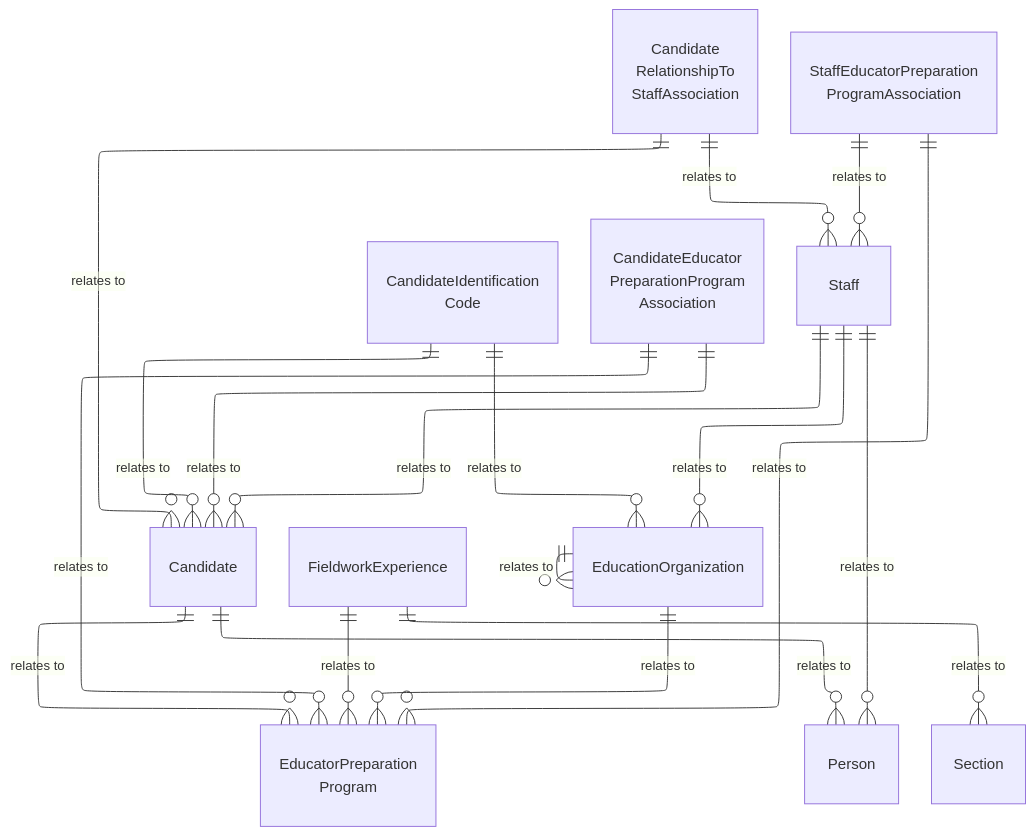
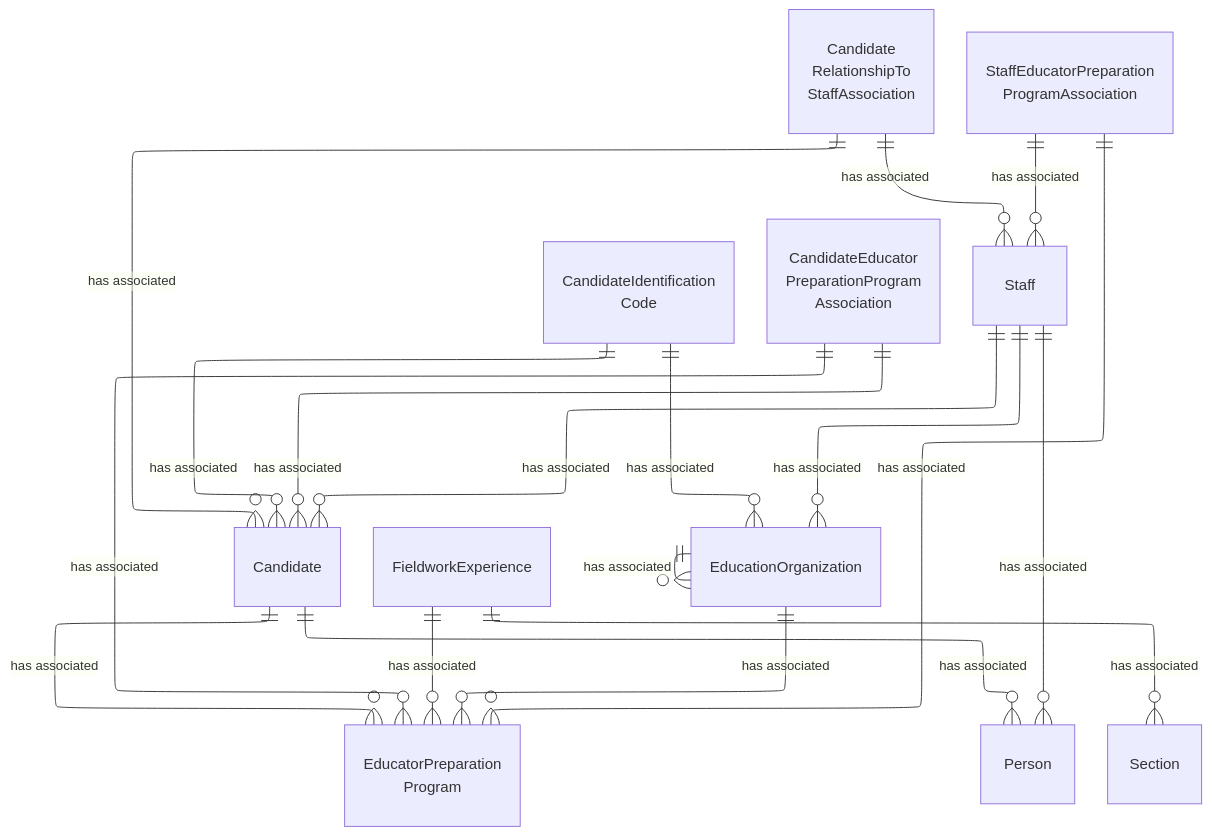
Before and after one commit to Ed-Fi-Alliance-OSS/ed-fi-alliance-oss.github.io: the diagram in dataStandard_versioned_docs/version-6/model-reference/educator-preparation-program-domain/model-diagrams.md, drawn with Mermaid. The commit also changed 24 other files, not shown here.

````diff
--- a/dataStandard_versioned_docs/version-6/model-reference/educator-preparation-program-domain/model-diagrams.md
+++ b/dataStandard_versioned_docs/version-6/model-reference/educator-preparation-program-domain/model-diagrams.md
@@ -10,46 +10,46 @@
 ```mermaid
 ---
 config:
   layout: elk
 ---
 erDiagram
     Candidate {
     }
     CandidateIdentificationCode["CandidateIdentification<br/>Code"] {
     }
     EducatorPreparationProgram["EducatorPreparation<br/>Program"] {
     }
     FieldworkExperience {
     }
     CandidateEducatorPreparationProgramAssociation["CandidateEducator<br/>PreparationProgram<br/>Association"] {
     }
     CandidateRelationshipToStaffAssociation["Candidate<br/>RelationshipTo<br/>StaffAssociation"] {
     }
     StaffEducatorPreparationProgramAssociation["StaffEducatorPreparation<br/>ProgramAssociation"] {
     }
     Person {
     }
     Staff {
     }
     EducationOrganization {
     }
     Section {
     }
-    Candidate ||--o{ Person : "relates to"
-    Staff ||--o{ Person : "relates to"
-    Candidate ||--o{ EducatorPreparationProgram : "relates to"
-    CandidateEducatorPreparationProgramAssociation ||--o{ Candidate : "relates to"
-    CandidateEducatorPreparationProgramAssociation ||--o{ EducatorPreparationProgram : "relates to"
-    Staff ||--o{ Candidate : "relates to"
-    CandidateRelationshipToStaffAssociation ||--o{ Candidate : "relates to"
-    CandidateRelationshipToStaffAssociation ||--o{ Staff : "relates to"
-    StaffEducatorPreparationProgramAssociation ||--o{ Staff : "relates to"
-    StaffEducatorPreparationProgramAssociation ||--o{ EducatorPreparationProgram : "relates to"
-    EducationOrganization ||--o{ EducatorPreparationProgram : "relates to"
-    Staff ||--o{ EducationOrganization : "relates to"
-    FieldworkExperience ||--o{ EducatorPreparationProgram : "relates to"
-    FieldworkExperience ||--o{ Section : "relates to"
-    CandidateIdentificationCode ||--o{ Candidate : "relates to"
-    CandidateIdentificationCode ||--o{ EducationOrganization : "relates to"
-    EducationOrganization ||--o{ EducationOrganization : "relates to"
+    Candidate ||--o{ Person : "has associated"
+    Staff ||--o{ Person : "has associated"
+    Candidate ||--o{ EducatorPreparationProgram : "has associated"
+    CandidateEducatorPreparationProgramAssociation ||--o{ Candidate : "has associated"
+    CandidateEducatorPreparationProgramAssociation ||--o{ EducatorPreparationProgram : "has associated"
+    Staff ||--o{ Candidate : "has associated"
+    CandidateRelationshipToStaffAssociation ||--o{ Candidate : "has associated"
+    CandidateRelationshipToStaffAssociation ||--o{ Staff : "has associated"
+    StaffEducatorPreparationProgramAssociation ||--o{ Staff : "has associated"
+    StaffEducatorPreparationProgramAssociation ||--o{ EducatorPreparationProgram : "has associated"
+    EducationOrganization ||--o{ EducatorPreparationProgram : "has associated"
+    Staff ||--o{ EducationOrganization : "has associated"
+    FieldworkExperience ||--o{ EducatorPreparationProgram : "has associated"
+    FieldworkExperience ||--o{ Section : "has associated"
+    CandidateIdentificationCode ||--o{ Candidate : "has associated"
+    CandidateIdentificationCode ||--o{ EducationOrganization : "has associated"
+    EducationOrganization ||--o{ EducationOrganization : "has associated"
 ```
````
